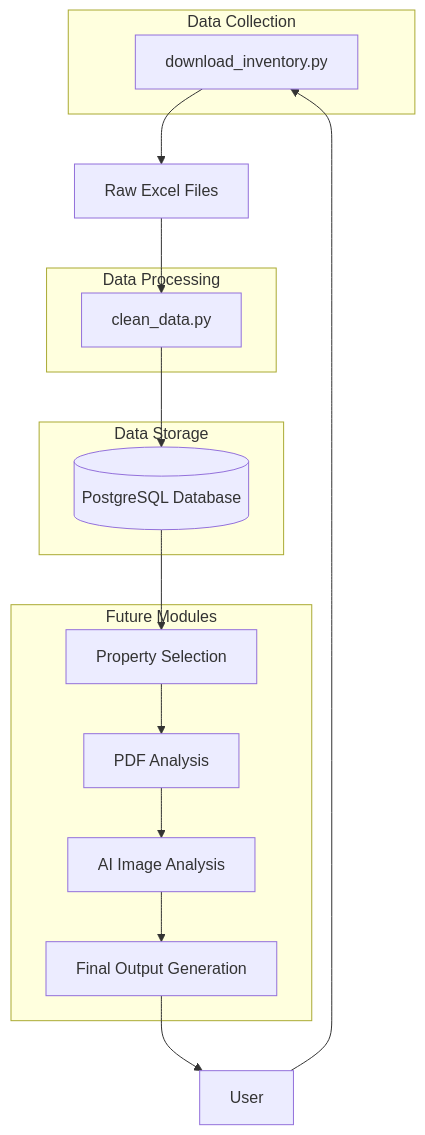
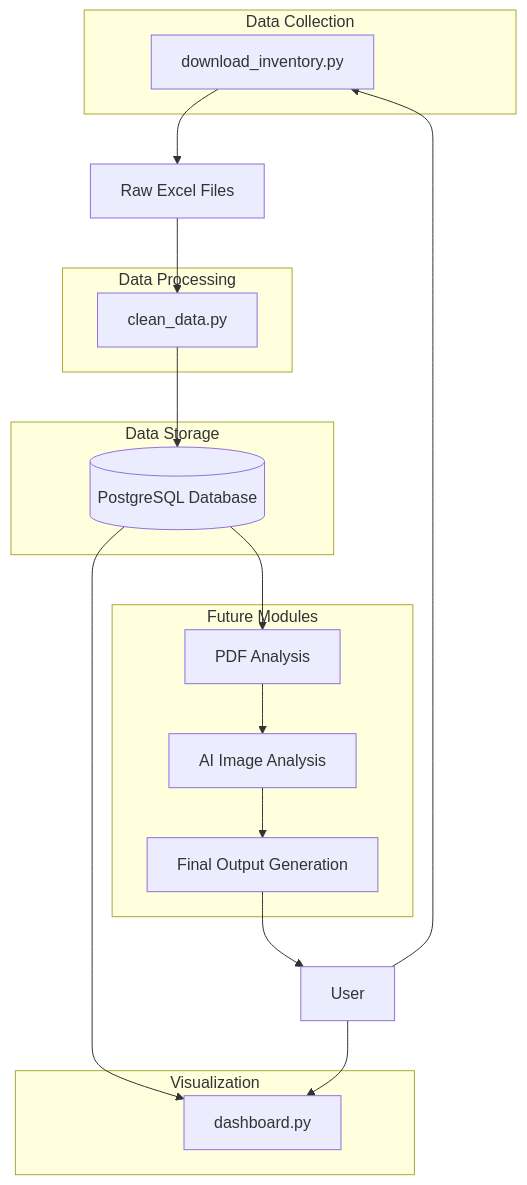
The diagram in docs/system_overview.mmd (fm-dev-mx/real_estate_insights), drawn with Mermaid before and after one commit. The commit also changed 12 other files, not shown here.

```diff
--- a/docs/system_overview.mmd
+++ b/docs/system_overview.mmd
@@ -1,29 +1,33 @@
 graph TD
     subgraph Data Collection
         DC[download_inventory.py]
     end
 
     subgraph Data Processing
         DP[clean_data.py]
     end
 
     subgraph Data Storage
         DB[(PostgreSQL Database)]
     end
 
+    subgraph Visualization
+        VI[dashboard.py]
+    end
+
     subgraph Future Modules
-        PS[Property Selection]
         PA[PDF Analysis]
         AI[AI Image Analysis]
         FO[Final Output Generation]
     end
 
     User --> DC
     DC --> RawExcel[Raw Excel Files]
     RawExcel --> DP
     DP --> DB
-    DB --> PS
-    PS --> PA
+    DB --> VI
+    User --> VI
+    DB --> PA
     PA --> AI
     AI --> FO
     FO --> User
```
